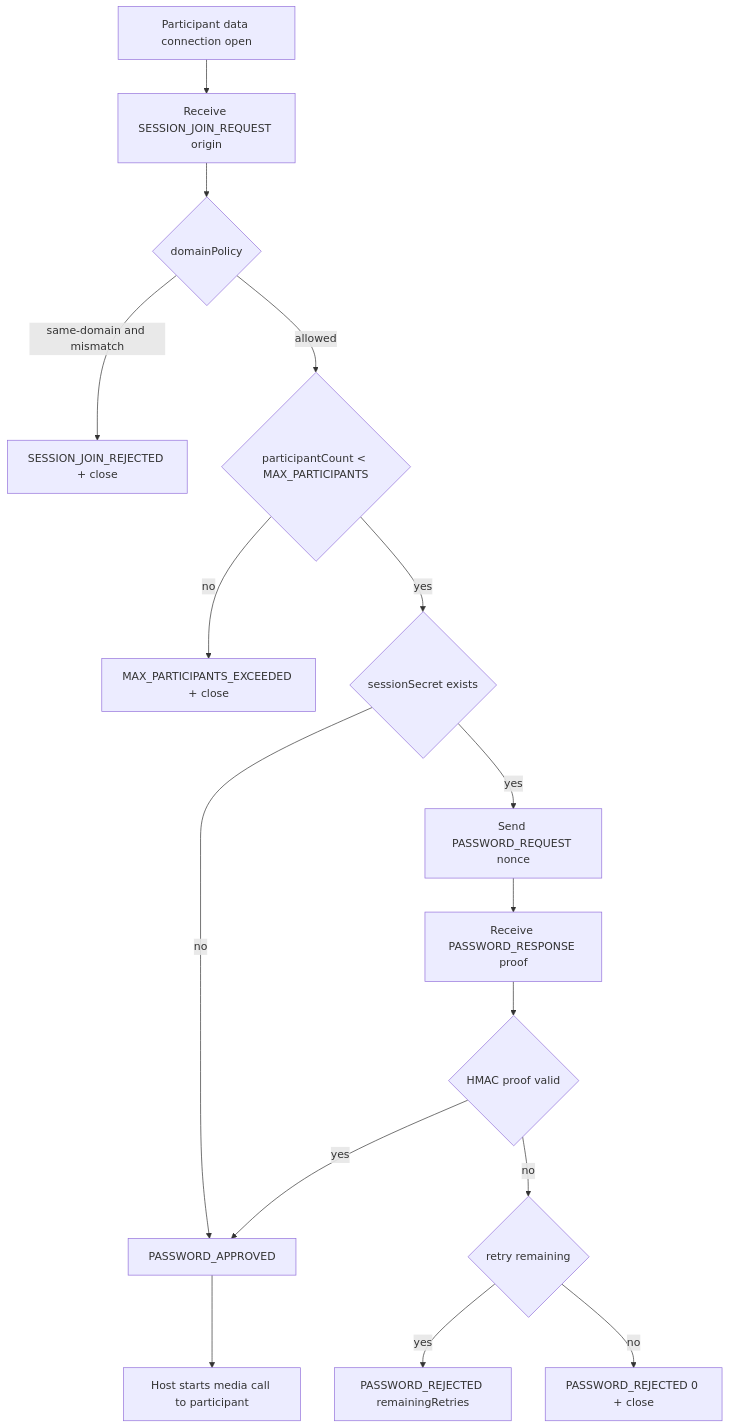
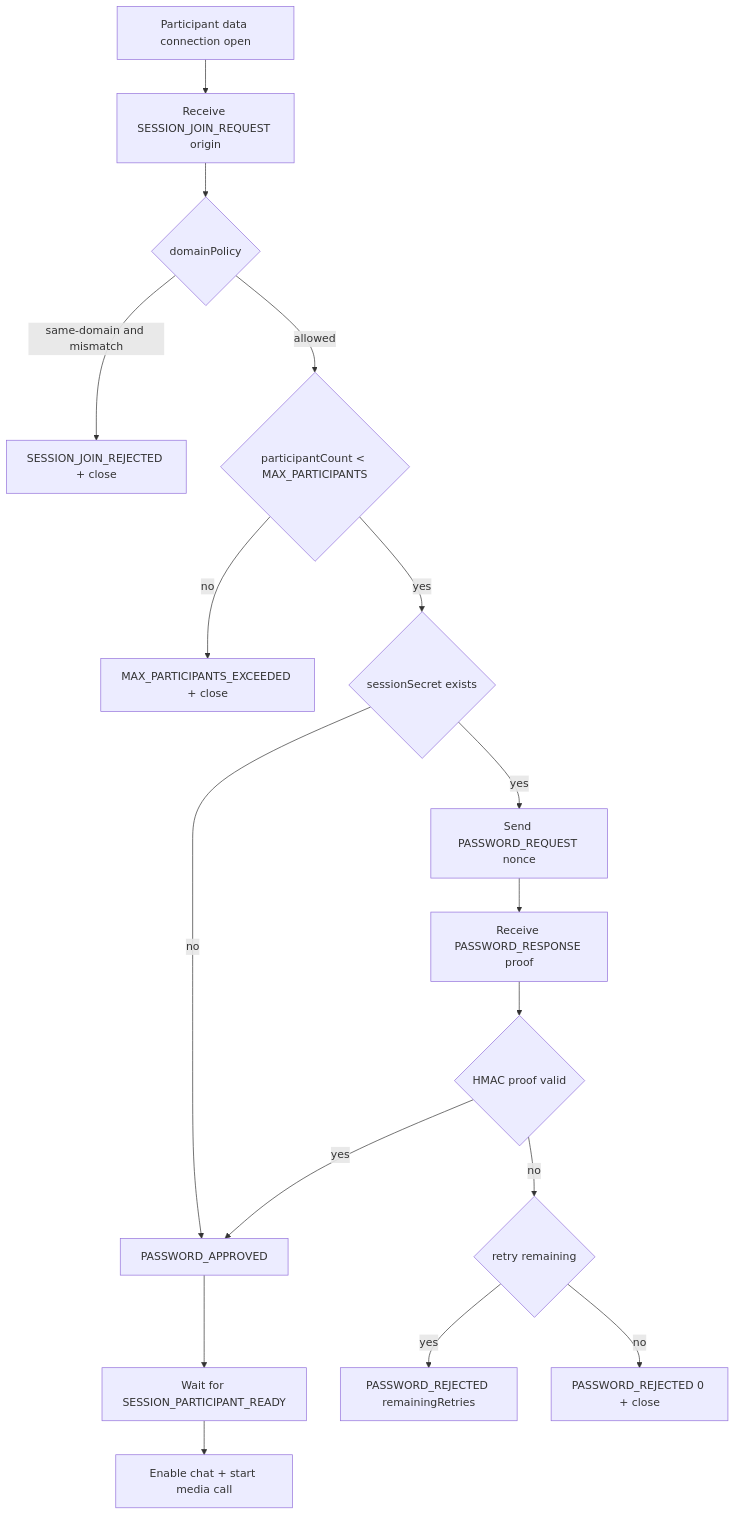
Before and after one commit to BackGwa/Perspective: the third of 5 diagrams in ARCHITECTURE.md, drawn with Mermaid. The commit also changed other lines of this file, not shown here.

Commit message:
docs(architecture): reflect hardened session and media flows

````diff
--- a/ARCHITECTURE.md
+++ b/ARCHITECTURE.md
@@ -61,18 +64,19 @@
 ```mermaid
 flowchart TD
     A[Participant data connection open] --> B[Receive SESSION_JOIN_REQUEST origin]
     B --> C{domainPolicy}
     C -->|same-domain and mismatch| D[SESSION_JOIN_REJECTED + close]
     C -->|allowed| E{participantCount < MAX_PARTICIPANTS}
     E -->|no| F[MAX_PARTICIPANTS_EXCEEDED + close]
     E -->|yes| G{sessionSecret exists}
     G -->|no| H[PASSWORD_APPROVED]
     G -->|yes| I[Send PASSWORD_REQUEST nonce]
     I --> J[Receive PASSWORD_RESPONSE proof]
     J --> K{HMAC proof valid}
     K -->|yes| H
     K -->|no| L{retry remaining}
     L -->|yes| M[PASSWORD_REJECTED remainingRetries]
     L -->|no| N[PASSWORD_REJECTED 0 + close]
-    H --> O[Host starts media call to participant]
+    H --> O[Wait for SESSION_PARTICIPANT_READY]
+    O --> P[Enable chat + start media call]
 ```
````
